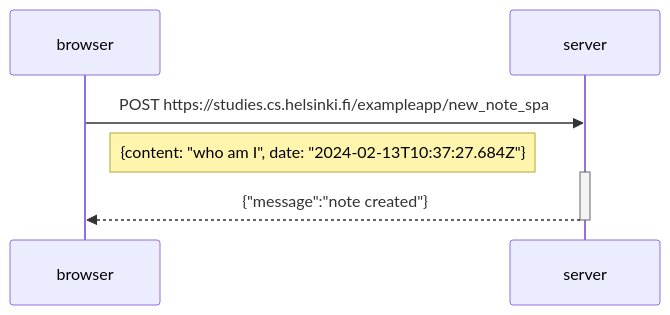
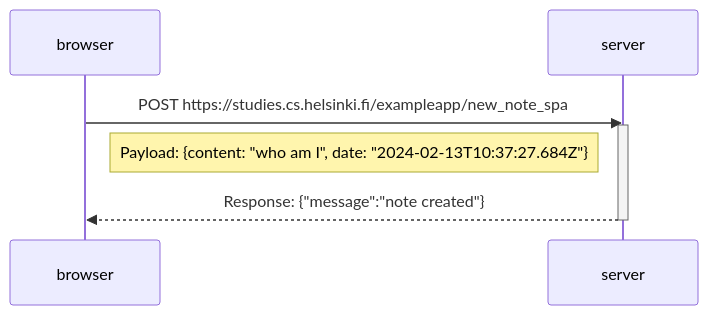
Before and after one commit to OoopZ23/fullstackopen: the diagram in part0/exercise06.md, drawn with Mermaid.

````diff
--- a/part0/exercise06.md
+++ b/part0/exercise06.md
@@ -1,11 +1,11 @@
 ```mermaid
 sequenceDiagram
     participant browser
     participant server
 
     browser->>server: POST https://studies.cs.helsinki.fi/exampleapp/new_note_spa
-Note right of browser: {content: "who am I", date: "2024-02-13T10:37:27.684Z"}
     activate server
-    server-->>browser: {"message":"note created"}
+Note right of browser: Payload: {content: "who am I", date: "2024-02-13T10:37:27.684Z"}
+    server-->>browser: Response: {"message":"note created"}
     deactivate server
 ```
````
